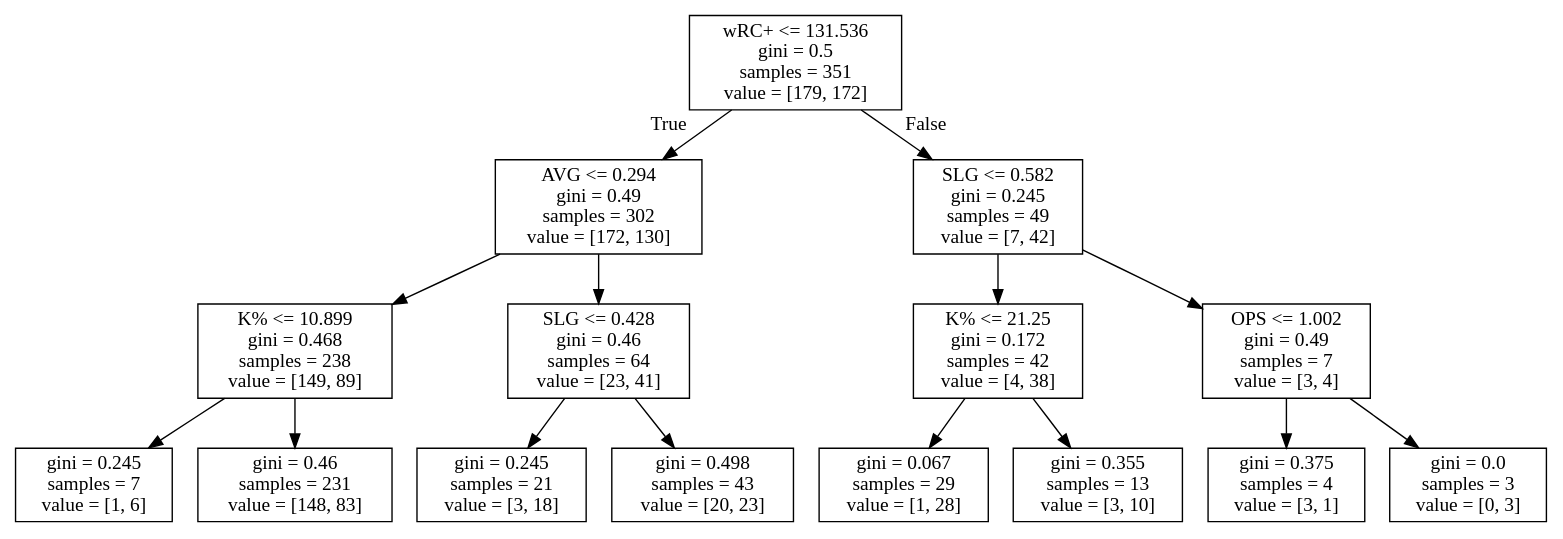
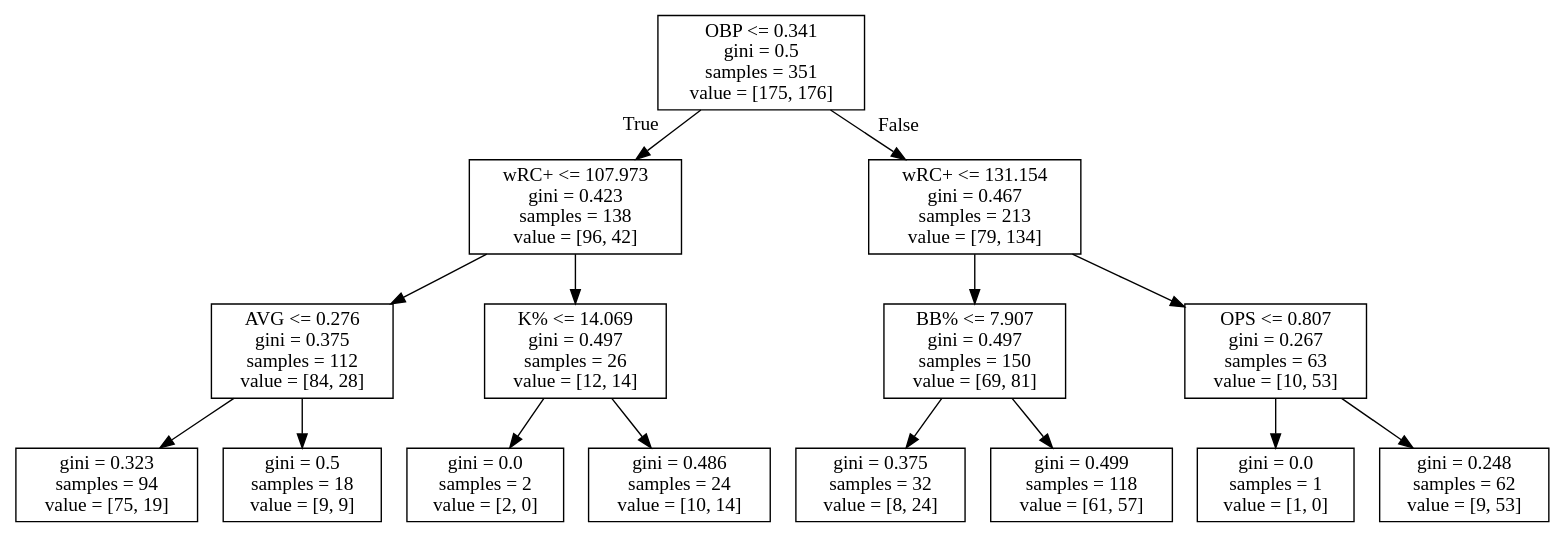
The diagram in AAA_results/AAA_gini_us.dot (alexbrizius/ds_project), drawn with Graphviz before and after one commit. The commit also changed 13 other files, not shown here.

```diff
--- a/AAA_results/AAA_gini_us.dot
+++ b/AAA_results/AAA_gini_us.dot
@@ -1,32 +1,32 @@
 digraph Tree {
 node [shape=box] ;
-0 [label="wRC+ <= 131.536\ngini = 0.5\nsamples = 351\nvalue = [179, 172]"] ;
-1 [label="AVG <= 0.294\ngini = 0.49\nsamples = 302\nvalue = [172, 130]"] ;
+0 [label="OBP <= 0.341\ngini = 0.5\nsamples = 351\nvalue = [175, 176]"] ;
+1 [label="wRC+ <= 107.973\ngini = 0.423\nsamples = 138\nvalue = [96, 42]"] ;
 0 -> 1 [labeldistance=2.5, labelangle=45, headlabel="True"] ;
-2 [label="K% <= 10.899\ngini = 0.468\nsamples = 238\nvalue = [149, 89]"] ;
+2 [label="AVG <= 0.276\ngini = 0.375\nsamples = 112\nvalue = [84, 28]"] ;
 1 -> 2 ;
-3 [label="gini = 0.245\nsamples = 7\nvalue = [1, 6]"] ;
+3 [label="gini = 0.323\nsamples = 94\nvalue = [75, 19]"] ;
 2 -> 3 ;
-4 [label="gini = 0.46\nsamples = 231\nvalue = [148, 83]"] ;
+4 [label="gini = 0.5\nsamples = 18\nvalue = [9, 9]"] ;
 2 -> 4 ;
-5 [label="SLG <= 0.428\ngini = 0.46\nsamples = 64\nvalue = [23, 41]"] ;
+5 [label="K% <= 14.069\ngini = 0.497\nsamples = 26\nvalue = [12, 14]"] ;
 1 -> 5 ;
-6 [label="gini = 0.245\nsamples = 21\nvalue = [3, 18]"] ;
+6 [label="gini = 0.0\nsamples = 2\nvalue = [2, 0]"] ;
 5 -> 6 ;
-7 [label="gini = 0.498\nsamples = 43\nvalue = [20, 23]"] ;
+7 [label="gini = 0.486\nsamples = 24\nvalue = [10, 14]"] ;
 5 -> 7 ;
-8 [label="SLG <= 0.582\ngini = 0.245\nsamples = 49\nvalue = [7, 42]"] ;
+8 [label="wRC+ <= 131.154\ngini = 0.467\nsamples = 213\nvalue = [79, 134]"] ;
 0 -> 8 [labeldistance=2.5, labelangle=-45, headlabel="False"] ;
-9 [label="K% <= 21.25\ngini = 0.172\nsamples = 42\nvalue = [4, 38]"] ;
+9 [label="BB% <= 7.907\ngini = 0.497\nsamples = 150\nvalue = [69, 81]"] ;
 8 -> 9 ;
-10 [label="gini = 0.067\nsamples = 29\nvalue = [1, 28]"] ;
+10 [label="gini = 0.375\nsamples = 32\nvalue = [8, 24]"] ;
 9 -> 10 ;
-11 [label="gini = 0.355\nsamples = 13\nvalue = [3, 10]"] ;
+11 [label="gini = 0.499\nsamples = 118\nvalue = [61, 57]"] ;
 9 -> 11 ;
-12 [label="OPS <= 1.002\ngini = 0.49\nsamples = 7\nvalue = [3, 4]"] ;
+12 [label="OPS <= 0.807\ngini = 0.267\nsamples = 63\nvalue = [10, 53]"] ;
 8 -> 12 ;
-13 [label="gini = 0.375\nsamples = 4\nvalue = [3, 1]"] ;
+13 [label="gini = 0.0\nsamples = 1\nvalue = [1, 0]"] ;
 12 -> 13 ;
-14 [label="gini = 0.0\nsamples = 3\nvalue = [0, 3]"] ;
+14 [label="gini = 0.248\nsamples = 62\nvalue = [9, 53]"] ;
 12 -> 14 ;
 }
```
